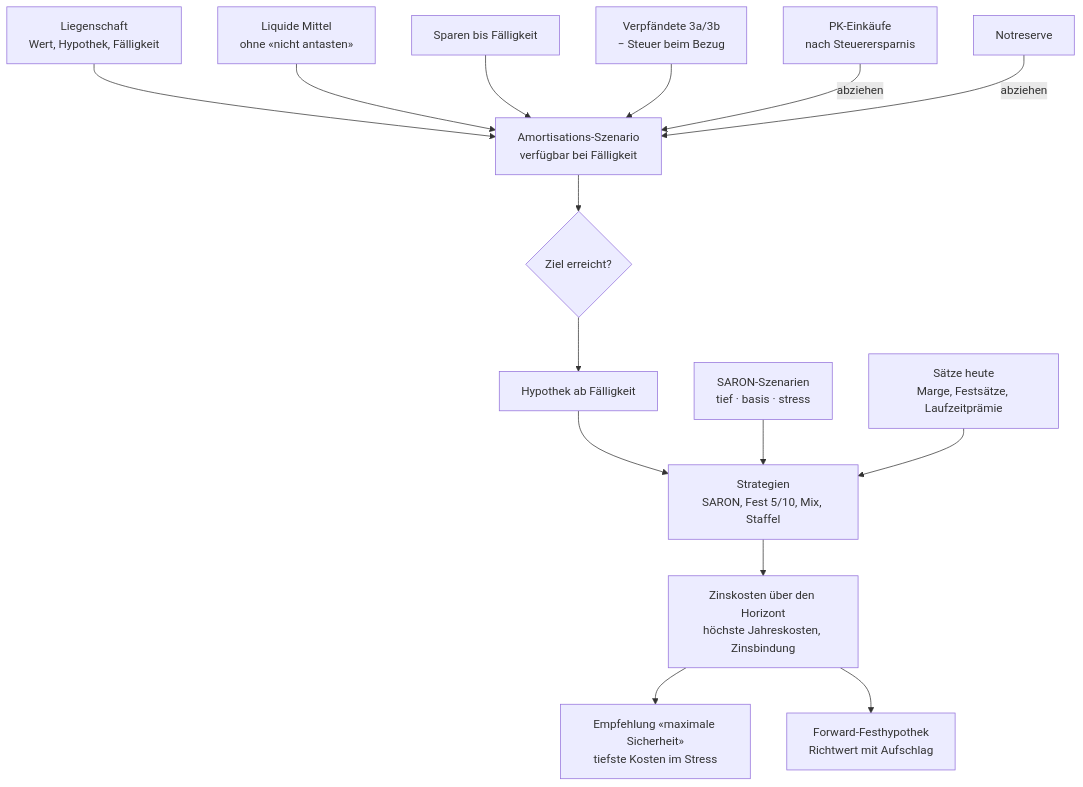
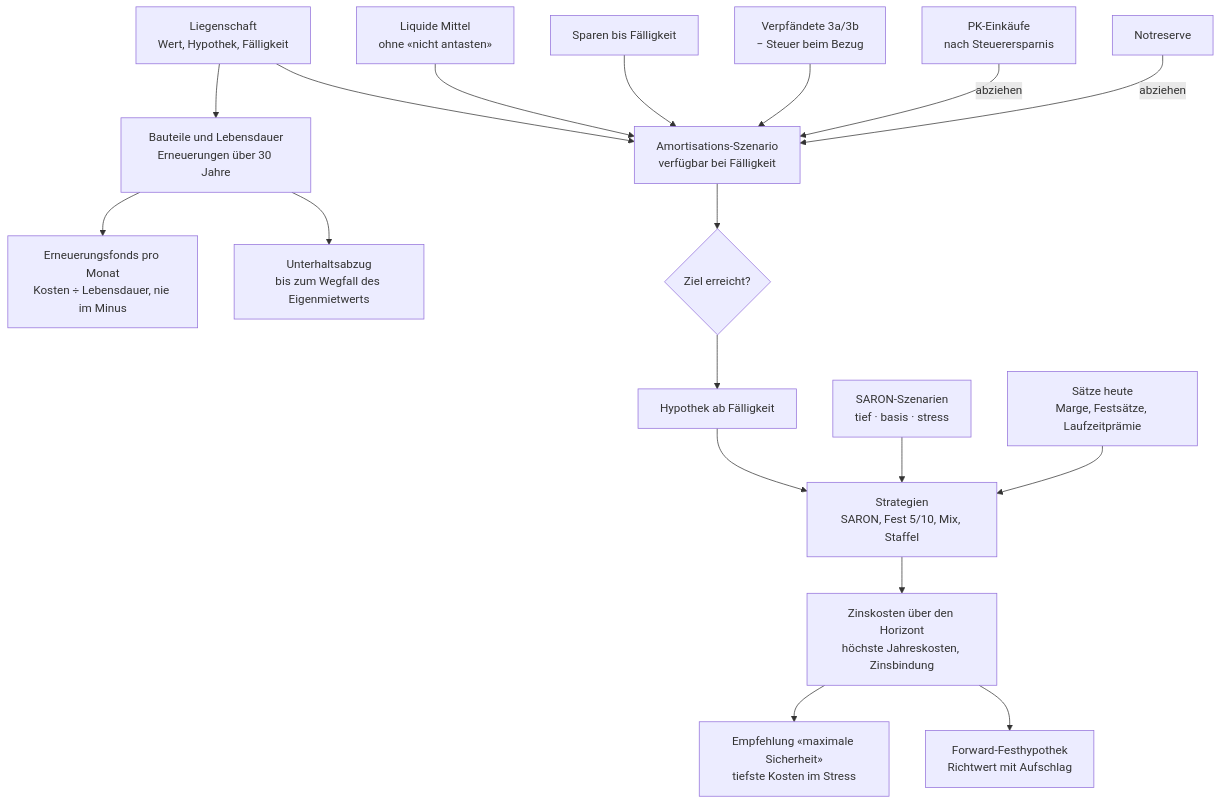
One commit to khu1985/finanz-ha changed the diagram in docs/hypothek.mmd. Above: the diagram before and after it, drawn with Mermaid. The commit also changed 28 other files, not shown here.

```diff
--- a/docs/hypothek.mmd
+++ b/docs/hypothek.mmd
@@ -1,15 +1,18 @@
 flowchart TD
     W["Liegenschaft<br/>Wert, Hypothek, Fälligkeit"] --> AM
+    W --> ER["Bauteile und Lebensdauer<br/>Erneuerungen über 30 Jahre"]
+    ER --> FO["Erneuerungsfonds pro Monat<br/>Kosten ÷ Lebensdauer, nie im Minus"]
+    ER --> SA["Unterhaltsabzug<br/>bis zum Wegfall des Eigenmietwerts"]
     L["Liquide Mittel<br/>ohne «nicht antasten»"] --> AM
     S["Sparen bis Fälligkeit"] --> AM
     VP["Verpfändete 3a/3b<br/>− Steuer beim Bezug"] --> AM
     EK["PK-Einkäufe<br/>nach Steuerersparnis"] -- abziehen --> AM
     R["Notreserve"] -- abziehen --> AM
     AM["Amortisations-Szenario<br/>verfügbar bei Fälligkeit"] --> ZIEL{"Ziel erreicht?"}
     ZIEL --> REST["Hypothek ab Fälligkeit"]
     REST --> ST["Strategien<br/>SARON, Fest 5/10, Mix, Staffel"]
     SZ["SARON-Szenarien<br/>tief · basis · stress"] --> ST
     ZS["Sätze heute<br/>Marge, Festsätze, Laufzeitprämie"] --> ST
     ST --> K["Zinskosten über den Horizont<br/>höchste Jahreskosten, Zinsbindung"]
     K --> EMP["Empfehlung «maximale Sicherheit»<br/>tiefste Kosten im Stress"]
     K --> FW["Forward-Festhypothek<br/>Richtwert mit Aufschlag"]
```
